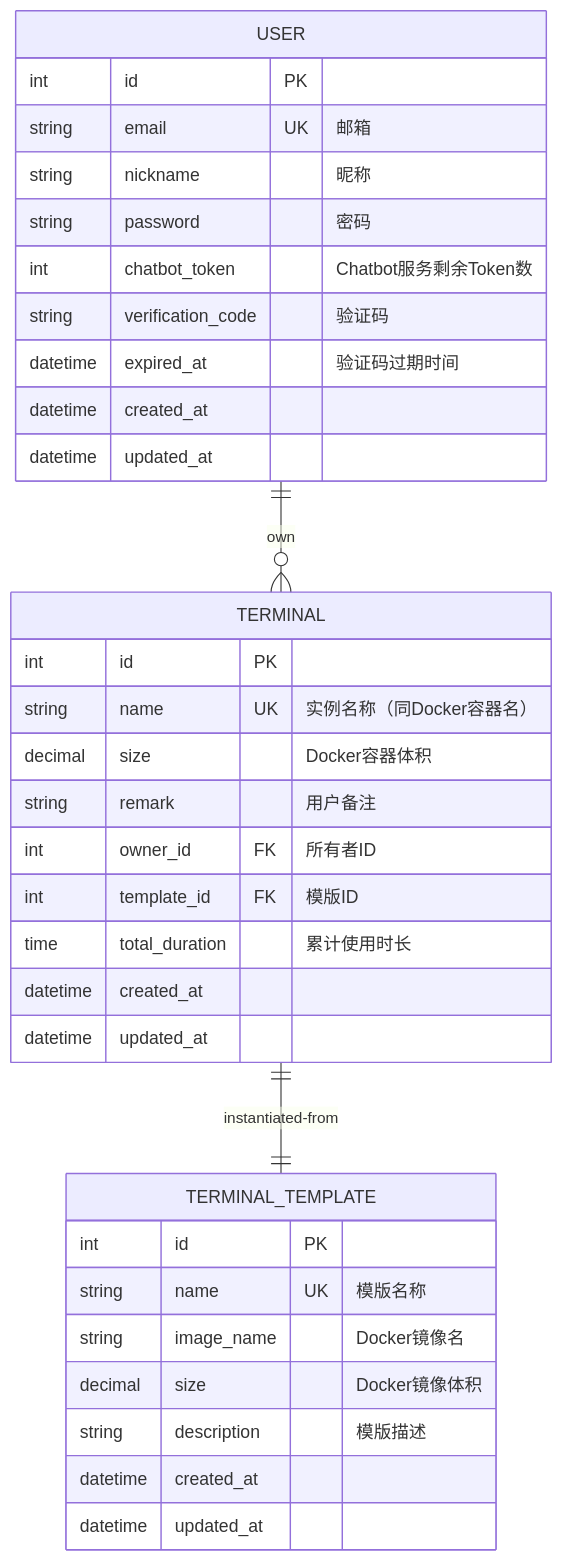
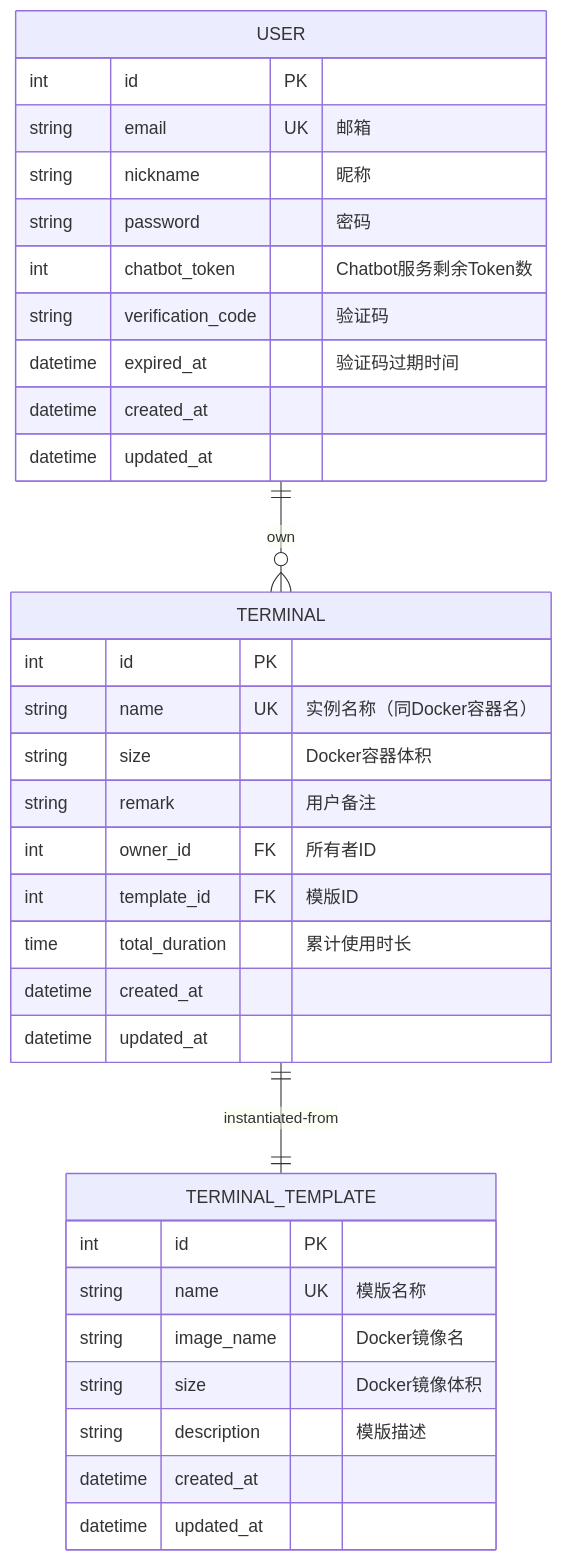
Before and after one commit to Banana-Boat/terryminal-be: the second of 2 diagrams in README.md, drawn with Mermaid. The commit also changed 11 other files, not shown here.

````diff
--- a/README.md
+++ b/README.md
@@ -38,38 +38,38 @@
 ```mermaid
 erDiagram
     USER ||--o{ TERMINAL : own
     TERMINAL ||--|| TERMINAL_TEMPLATE : instantiated-from
     USER {
         int id PK
         string email UK "邮箱"
         string nickname "昵称"
         string password "密码"
         int chatbot_token "Chatbot服务剩余Token数"
         string verification_code "验证码"
         datetime expired_at "验证码过期时间"
         datetime created_at
         datetime updated_at
     }
     TERMINAL {
         int id PK
         string name UK "实例名称（同Docker容器名）"
-        decimal size "Docker容器体积"
+        string size "Docker容器体积"
         string remark "用户备注"
         int owner_id FK "所有者ID"
         int template_id FK "模版ID"
         time total_duration "累计使用时长"
         datetime created_at
         datetime updated_at
     }
     TERMINAL_TEMPLATE {
         int id PK
         string name UK "模版名称"
         string image_name "Docker镜像名"
-        decimal size "Docker镜像体积"
+        string size "Docker镜像体积"
         string description "模版描述"
         datetime created_at
         datetime updated_at
     }
 
 
 ```
````
